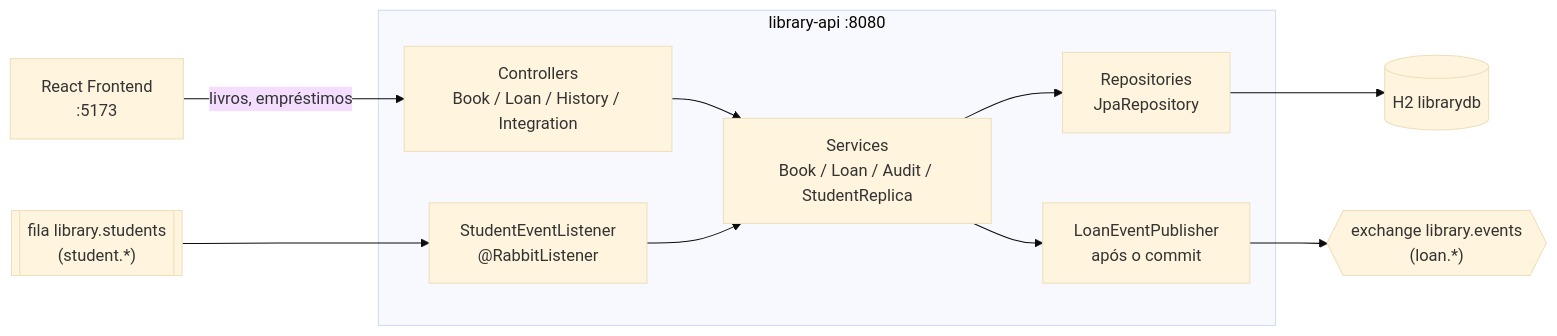
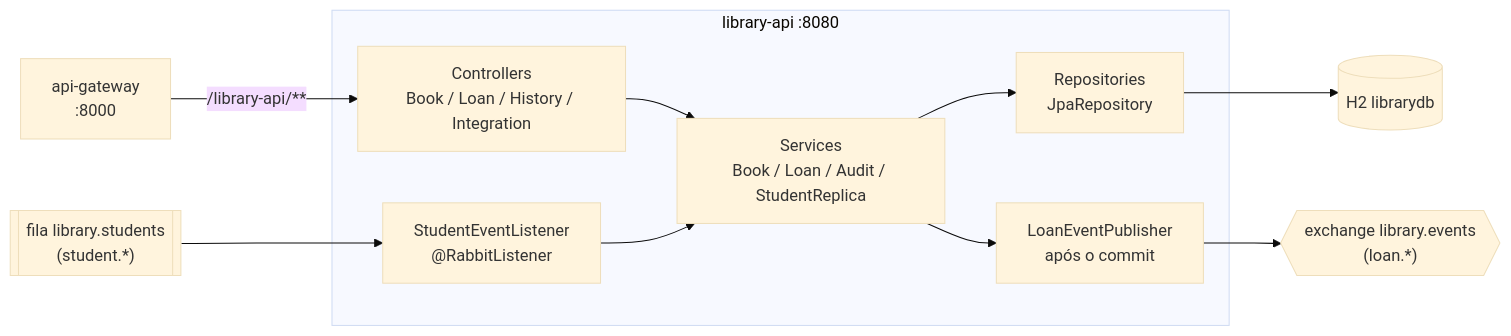
One commit to gustacassel/gustavo_cassel_PB_TP5 changed the first of 2 diagrams in library-api/README.md. Above: the diagram before and after it, drawn with Mermaid (base theme). The commit also changed other lines of this file and 6 other files, not shown here.

Commit message:
Document TP5 architecture, deployment, monitoring and CI/CD

````diff
--- a/library-api/README.md
+++ b/library-api/README.md
@@ -37,20 +42,20 @@
 ```mermaid
 flowchart LR
-    FE[React Frontend<br/>:5173]
+    FE[api-gateway<br/>:8000]
 
     subgraph L["library-api :8080"]
         C[Controllers<br/>Book / Loan / History / Integration]
         S[Services<br/>Book / Loan / Audit / StudentReplica]
         R[Repositories<br/>JpaRepository]
         LST["StudentEventListener<br/>@RabbitListener"]
         PUBL[LoanEventPublisher<br/>após o commit]
         C --> S --> R
         LST --> S
         S --> PUBL
     end
 
-    FE -->|livros, empréstimos| C
+    FE -->|/library-api/**| C
     R --> DB[(H2 librarydb)]
     Q1[["fila library.students<br/>(student.*)"]] --> LST
     PUBL --> X2{{"exchange library.events<br/>(loan.*)"}}
 ```
````
